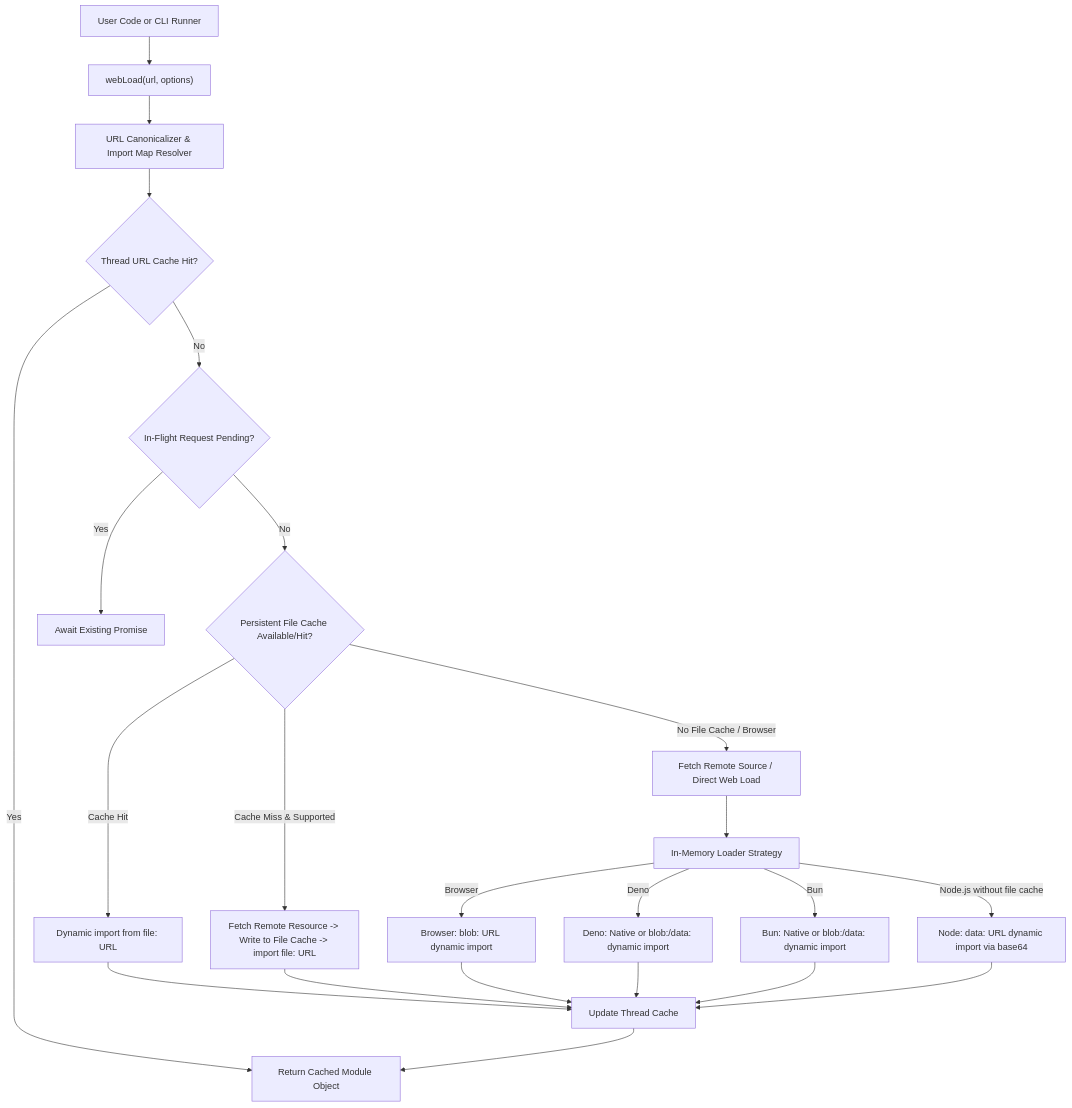
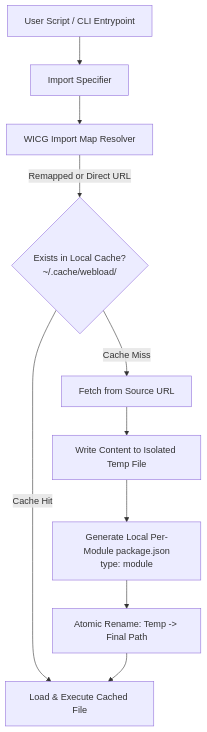
Before and after one commit to bkatzung/webload: the diagram in memory-bank/systemPatterns.md, drawn with Mermaid. The commit also changed other lines of this file and 6 other files, not shown here.

````diff
--- a/memory-bank/systemPatterns.md
+++ b/memory-bank/systemPatterns.md
@@ -7,32 +7,15 @@
 ```mermaid
 flowchart TD
-    UserApp[User Code or CLI Runner] --> API["webLoad(url, options)"]
-    API --> Canon[URL Canonicalizer & Import Map Resolver]
+    UserScript[User Script / CLI Entrypoint] --> Specifier[Import Specifier]
     
-    Canon --> ThreadCache{Thread URL Cache Hit?}
-    ThreadCache -->|Yes| ReturnCached[Return Cached Module Object]
+    Specifier --> ImportMapResolver[WICG Import Map Resolver]
+    ImportMapResolver -->|Remapped or Direct URL| CheckCache{Exists in Local Cache?\n~/.cache/webload/}
     
-    ThreadCache -->|No| InFlight{In-Flight Request Pending?}
-    InFlight -->|Yes| AwaitInFlight[Await Existing Promise]
+    CheckCache -->|Cache Hit| LoadVerified[Load & Execute Cached File]
     
-    InFlight -->|No| CheckFileCache{Persistent File Cache Available/Hit?}
-    CheckFileCache -->|Cache Hit| LoadFile[Dynamic import from file: URL]
-    CheckFileCache -->|Cache Miss & Supported| FetchAndCache[Fetch Remote Resource -> Write to File Cache -> import file: URL]
-    
-    CheckFileCache -->|No File Cache / Browser| FetchDirect[Fetch Remote Source / Direct Web Load]
-    FetchDirect --> LoaderStrategy[In-Memory Loader Strategy]
-    
-    LoaderStrategy -->|Browser| BrowserAdapter[Browser: blob: URL dynamic import]
-    LoaderStrategy -->|Deno| DenoAdapter[Deno: Native or blob:/data: dynamic import]
-    LoaderStrategy -->|Bun| BunAdapter[Bun: Native or blob:/data: dynamic import]
-    LoaderStrategy -->|Node.js without file cache| NodeAdapter[Node: data: URL dynamic import via base64]
-    
-    LoadFile --> UpdateThreadCache[Update Thread Cache]
-    FetchAndCache --> UpdateThreadCache
-    BrowserAdapter --> UpdateThreadCache
-    DenoAdapter --> UpdateThreadCache
-    BunAdapter --> UpdateThreadCache
-    NodeAdapter --> UpdateThreadCache
-    
-    UpdateThreadCache --> ReturnCached
+    CheckCache -->|Cache Miss| FetchModule[Fetch from Source URL]
+    FetchModule --> WriteTemp[Write Content to Isolated Temp File]
+    WriteTemp --> GenPkgJSON[Generate Local Per-Module package.json\ntype: module]
+    GenPkgJSON --> AtomicRename[Atomic Rename: Temp -> Final Path]
+    AtomicRename --> LoadVerified
 ```
````
